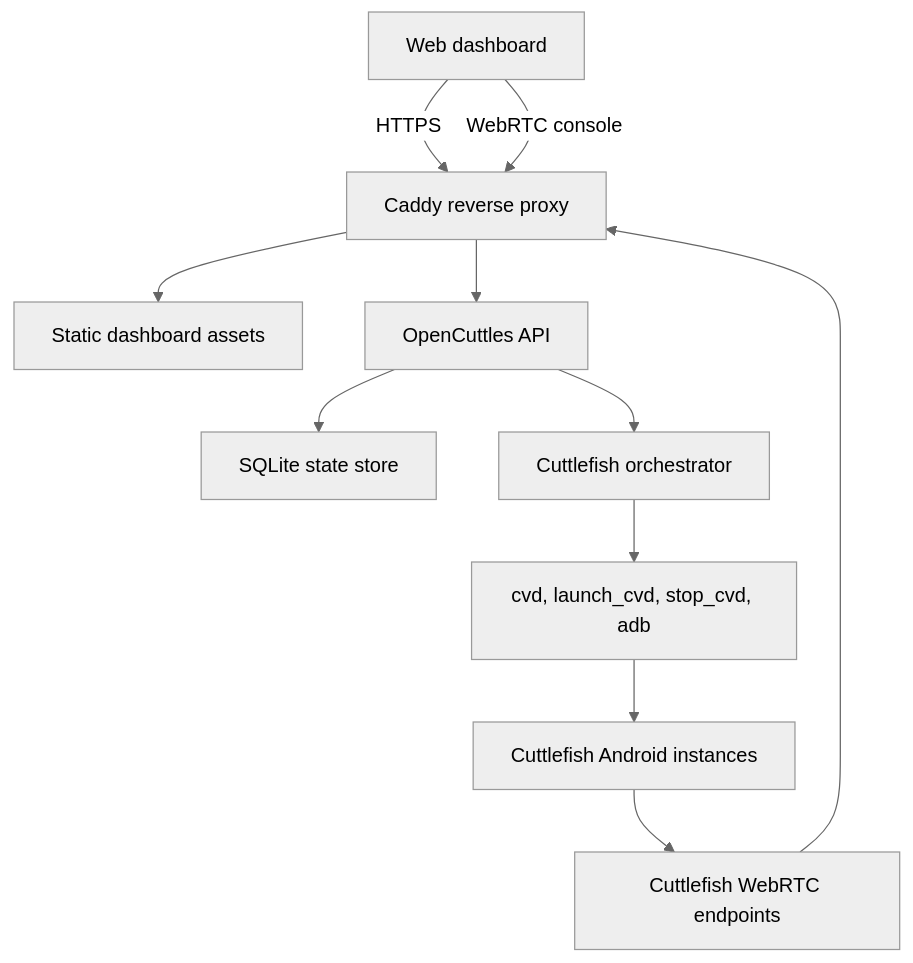
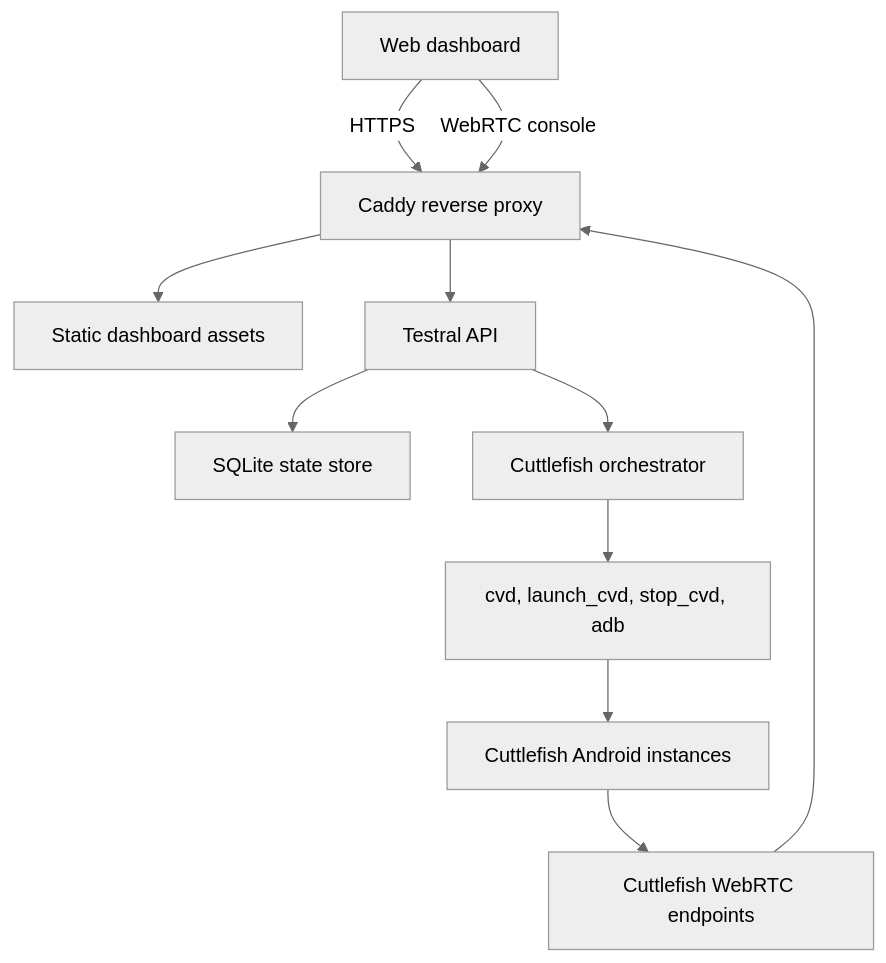
Before and after one commit to PyKestrel/OpenCuttles: the diagram in docs/architecture.md, drawn with Mermaid (neutral theme). The commit also changed other lines of this file and 11 other files, not shown here.

````diff
--- a/docs/architecture.md
+++ b/docs/architecture.md
@@ -9,13 +9,13 @@
 ```mermaid
 flowchart TD
   Browser["Web dashboard"] -->|"HTTPS"| Proxy["Caddy reverse proxy"]
   Browser -->|"WebRTC console"| Proxy
   Proxy --> Frontend["Static dashboard assets"]
-  Proxy --> Api["OpenCuttles API"]
+  Proxy --> Api["Testral API"]
   Api --> Store["SQLite state store"]
   Api --> Orchestrator["Cuttlefish orchestrator"]
   Orchestrator --> Commands["cvd, launch_cvd, stop_cvd, adb"]
   Commands --> Instances["Cuttlefish Android instances"]
   Instances --> WebRtc["Cuttlefish WebRTC endpoints"]
   WebRtc --> Proxy
 ```
````
